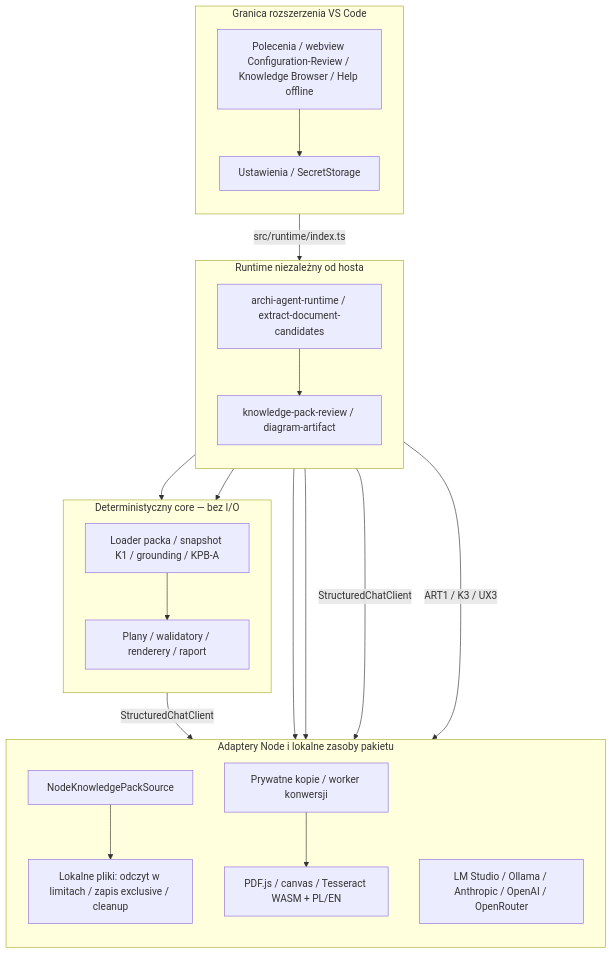
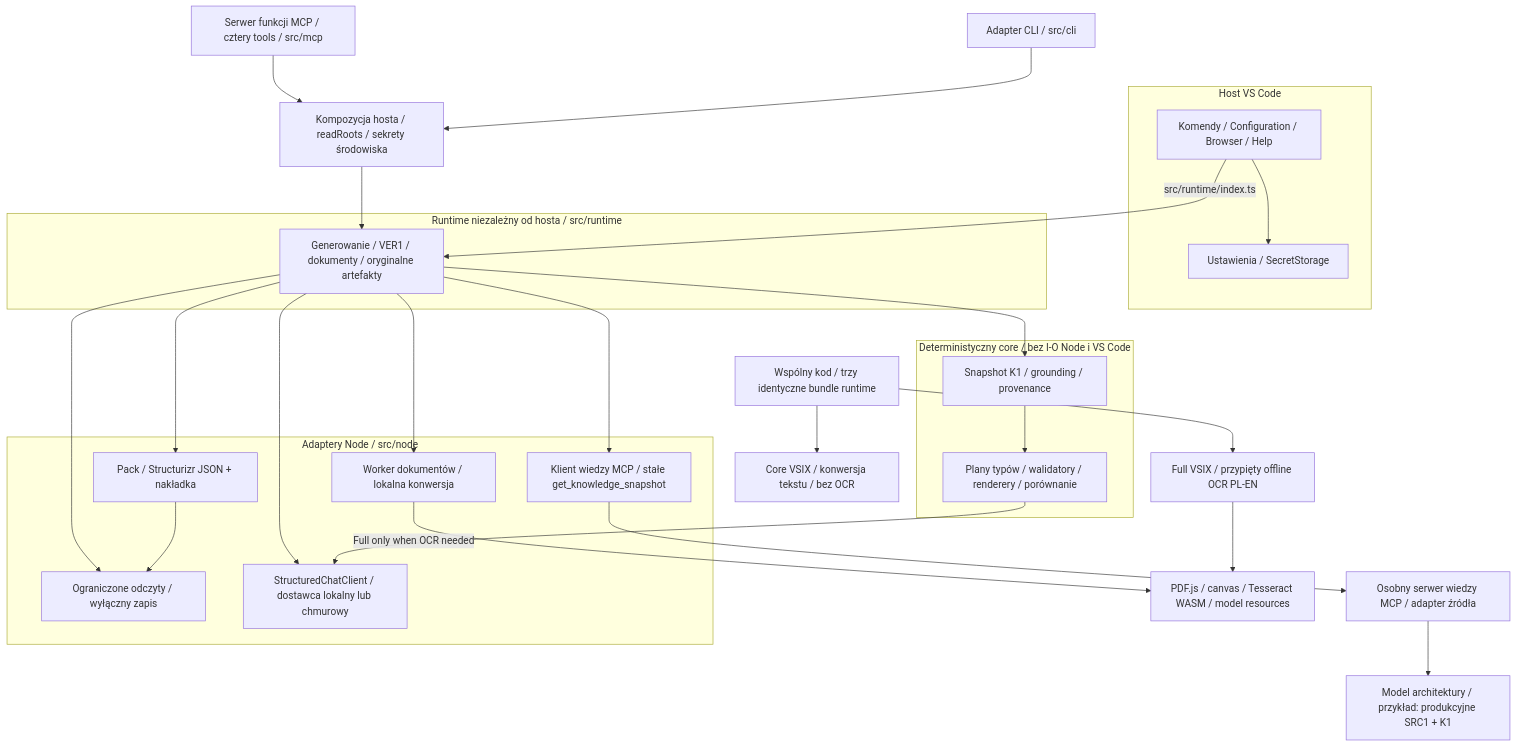
The first of 6 diagrams in docs/pl/architecture.md (Setech-pl/archi-agent), drawn with Mermaid before and after one commit. The commit also changed other lines of this file and 56 other files, not shown here.

Commit message:
docs: refresh SRC1 VER1 C4 MCP1 guides, real gallery and candidate CI packages

````diff
--- a/docs/pl/architecture.md
+++ b/docs/pl/architecture.md
@@ -13,29 +13,35 @@
 ```mermaid
 flowchart TB
-  subgraph Host["Granica rozszerzenia VS Code"]
-    direction TB
-    UI["Polecenia / webview Configuration-Review / Knowledge Browser / Help offline"] --> Settings["Ustawienia / SecretStorage"]
+  subgraph Host["Host VS Code"]
+    UI["Komendy / Configuration / Browser / Help"] --> Settings["Ustawienia / SecretStorage"]
   end
-  subgraph Runtime["Runtime niezależny od hosta"]
-    direction TB
-    App["archi-agent-runtime / extract-document-candidates"] --> Review["knowledge-pack-review / diagram-artifact"]
+  CLI["Adapter CLI / src/cli"] --> Ops["Kompozycja hosta / readRoots / sekrety środowiska"]
+  MCP["Serwer funkcji MCP / cztery tools / src/mcp"] --> Ops
+  Ops --> App
+  UI -->|src/runtime/index.ts| App
+  subgraph Runtime["Runtime niezależny od hosta / src/runtime"]
+    App["Generowanie / VER1 / dokumenty / oryginalne artefakty"]
   end
-  subgraph Core["Deterministyczny core — bez I/O"]
-    direction TB
-    Knowledge["Loader packa / snapshot K1 / grounding / KPB-A"] --> Pipeline["Plany / walidatory / renderery / raport"]
+  subgraph Core["Deterministyczny core / bez I-O Node i VS Code"]
+    Knowledge["Snapshot K1 / grounding / provenance"] --> Pipeline["Plany typów / walidatory / renderery / porównanie"]
   end
-  subgraph Adapters["Adaptery Node i lokalne zasoby pakietu"]
-    direction TB
-    Pack["NodeKnowledgePackSource"] --> Files["Lokalne pliki: odczyt w limitach / zapis exclusive / cleanup"]
-    Conversion["Prywatne kopie / worker konwersji"] --> OCR["PDF.js / canvas / Tesseract WASM + PL/EN"]
-    Providers["LM Studio / Ollama / Anthropic / OpenAI / OpenRouter"]
+  subgraph Node["Adaptery Node / src/node"]
+    Local["Pack / Structurizr JSON + nakładka"] --> Files["Ograniczone odczyty / wyłączny zapis"]
+    Client["Klient wiedzy MCP / stałe get_knowledge_snapshot"]
+    Providers["StructuredChatClient / dostawca lokalny lub chmurowy"]
+    Conversion["Worker dokumentów / lokalna konwersja"]
   end
-  UI -->|src/runtime/index.ts| App
   App --> Knowledge
-  Review --> Knowledge
-  App --> Pack
+  App --> Local
+  App --> Client
+  Client --> KS["Osobny serwer wiedzy MCP / adapter źródła"]
+  KS --> Model["Model architektury / przykład: produkcyjne SRC1 + K1"]
   App --> Conversion
-  Pipeline -->|StructuredChatClient| Providers
-  App -->|StructuredChatClient| Providers
-  Review -->|ART1 / K3 / UX3| Files
+  App --> Files
+  Pipeline --> Providers
+  App --> Providers
+  Build["Wspólny kod / trzy identyczne bundle runtime"] --> CP["Core VSIX / konwersja tekstu / bez OCR"]
+  Build --> FP["Full VSIX / przypięty offline OCR PL-EN"]
+  FP --> OCR["PDF.js / canvas / Tesseract WASM / model resources"]
+  Conversion -->|Full only when OCR needed| OCR
 ```
````
